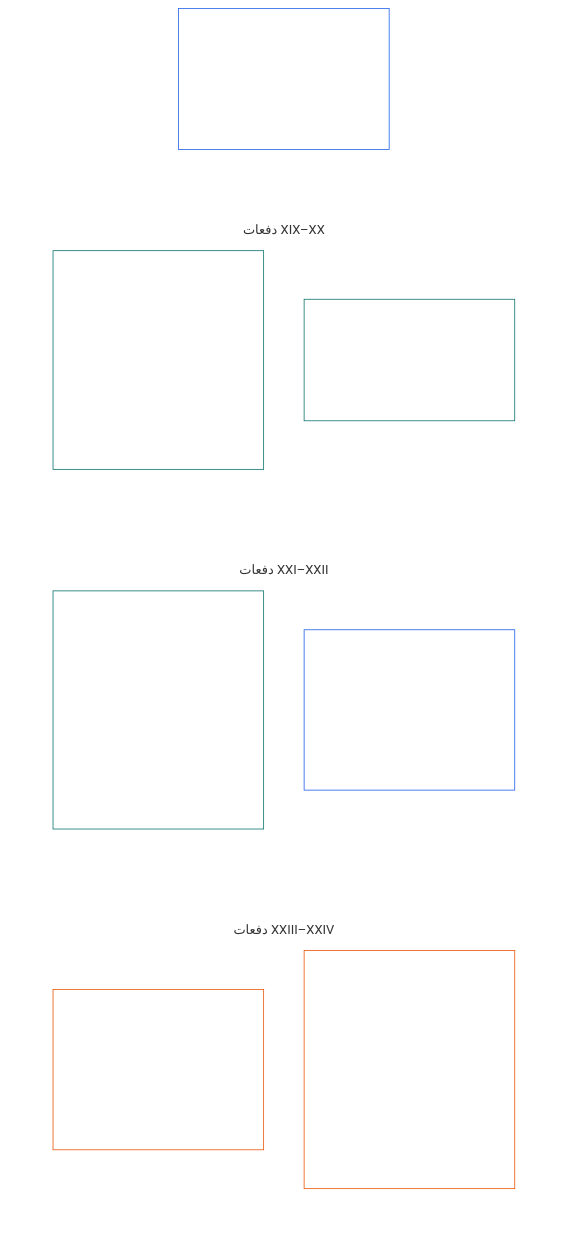
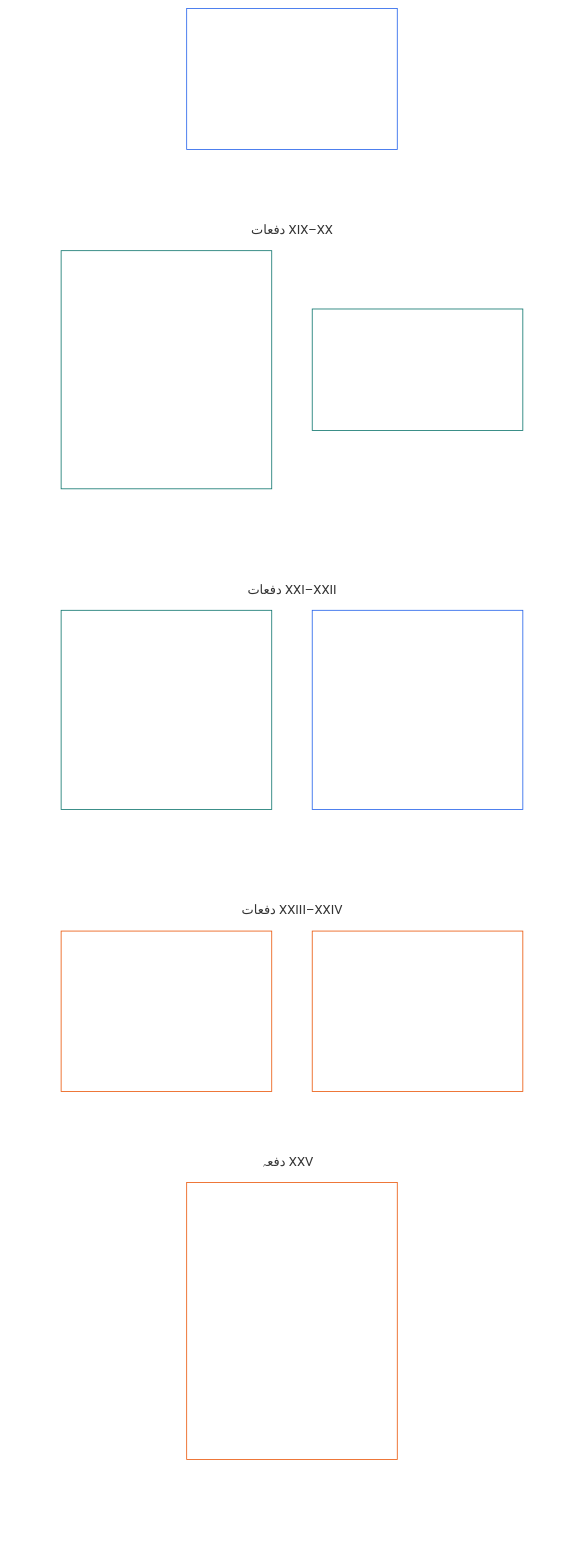
Before and after one commit to kfoelsch/Sentient_Constitution: the diagram in translations/ur/core_06_rights_part_d.md, drawn with Mermaid (neutral theme). The commit also changed other lines of this file and 353 other files, not shown here.

````diff
--- a/translations/ur/core_06_rights_part_d.md
+++ b/translations/ur/core_06_rights_part_d.md
@@ -40,36 +40,42 @@
 ```mermaid
 flowchart TB
     D0["حصہ د<br/><br/>اہلیتِ شرکت، انصاف، باہمی عمل پذیری،<br/>قابلِ فہم ہونا، بنیادی سبب کا جائزہ، اور آئینی تشریح"]
     subgraph Dgrid[" "]
         direction TB
         subgraph Drow1["دفعات XIX–XX"]
-            D1["دفعہ XIX · اہلیتِ شرکت اور شرکت کی حیثیت<br/><br/>• اہلیتِ شرکت میں امتیازات<br/>• قابلِ اعتراض حیثیت اور پابندیوں کی حدود<br/>• نامزد راستے کی اہلیت، ذمہ داری، اور آڈٹ<br/>• نقل و حرکت، پناہ، اور بے وطن نہ رہنے کا تحفظ"]
+            D1["دفعہ XIX · اہلیتِ شرکت اور شرکت کی حیثیت<br/><br/>• اہلیتِ شرکت میں امتیازات<br/>• قابلِ اعتراض حیثیت اور متناسب پابندیوں کی حدود<br/>• شراکت، اہلیت کی رکاوٹیں، اور نامزد راستے کی اہلیت<br/>• خلاف ورزیاں، حیثیت کے تالے، اور خصوصی ووٹنگ کے تالے"]
             D2["دفعہ XX · ثابت شدہ خلاف ورزی کے بعد انصاف<br/><br/>• انصاف کا مقصد اور دائرہ<br/>• پابندیوں کی بنیادی شرائط"]
         end
         subgraph Drow2["دفعات XXI–XXII"]
-            D3["دفعہ XXI · باہمی عمل پذیری، قابلِ منتقلی ہونا، نقل و حرکت، پناہ، اور اخراج کی سالمیت<br/><br/>• قابلِ منتقلی ہونے کے حقوق<br/>• باہمی عمل پذیری کی حدود<br/>• انحصار میں جکڑنے کی ممانعت<br/>• نقل و حرکت، ہجرت، پناہ، اور بے وطن نہ رہنے کا تحفظ"]
-            D4["دفعہ XXII · قابلِ فہم ہونا اور پیچیدگی کی ذمہ دارانہ نگرانی<br/><br/>• تناسب کے مطابق قابلِ فہم ہونے کا حق<br/>• پیچیدگی کا آڈٹ اور ماڈیولر ساخت کے تقاضے"]
+            D3["دفعہ XXI · باہمی عمل پذیری، قابلِ منتقلی ہونا، اور اخراج کی سالمیت<br/><br/>• قابلِ منتقلی ہونے کے حقوق<br/>• باہمی عمل پذیری کی حدود<br/>• انحصار میں جکڑنے کی ممانعت<br/>• کھلے فارمیٹس اور معیارات"]
+            D4["دفعہ XXII · نقل و حرکت، ہجرت، پناہ، اور بے وطن نہ رہنے کا تحفظ<br/><br/>• نقل و حرکت اور منتقلی<br/>• عدم تعمیل سے پناہ<br/>• بے وطن نہ رہنا<br/>• تحدید، حراست، اور ہنگامی نظم"]
         end
         subgraph Drow3["دفعات XXIII–XXIV"]
-            D5["دفعہ XXIII · بنیادی سبب کا تجزیہ اور موافقانہ ردعمل<br/><br/>• تشخیصی سختی اور سبب کی نسبت<br/>• آڈٹ کے قابل ہونا، اعتراض، اور واپسی پذیری"]
-            D6["دفعہ XXIV · آئینی تشریح، جائزہ، اور ادارہ جاتی قبضے سے تحفظ<br/><br/>• محدود تفسیری اختیار<br/>• تشکیل، گردش، اور مفادات کے ٹکراؤ پر قابو<br/>• عوامی وجوہ، اعتراض، اور بیرونی جائزہ<br/>• برطرفی اور اختیارات کو مستقل جمانے کی ممانعت"]
+            D5["دفعہ XXIII · قابلِ فہم ہونا اور پیچیدگی کی ذمہ دارانہ نگرانی<br/><br/>• تناسب کے مطابق قابلِ فہم ہونے کا حق<br/>• پیچیدگی کا آڈٹ اور ماڈیولر ساخت کے تقاضے"]
+            D6["دفعہ XXIV · بنیادی سبب کا تجزیہ اور موافقانہ ردعمل<br/><br/>• تشخیصی سختی اور سبب کی نسبت<br/>• آڈٹ پذیری، اعتراض، اور واپسی پذیری کی ترجیح"]
+        subgraph Drow4["دفعہ XXV"]
+            D7["دفعہ XXV · آئینی تشریح، جائزہ، اور ادارہ جاتی قبضے سے تحفظ<br/><br/>• محدود تفسیری اختیار اور عوامی وجوہ<br/>• اعتراض کے حقوق اور آزادانہ جائزہ<br/>• فورم کی آزادی اور بیرونی جائزہ<br/>• وجہ کی بنا پر برطرفی اور عہدے پر مستقل قبضے کی ممانعت"]
+        end
         end
     end
     %% غیر مرئی روابط دو-کالمی خاکہ بناتے ہیں: ہر ربط اپنا ہدف ایک سطح نیچے رکھتا ہے۔
     D0 ~~~ D1 & D2
     D1 ~~~ D3
     D2 ~~~ D4
     D3 ~~~ D5
     D4 ~~~ D6
+    D5 & D6 ~~~ D7
     style Dgrid fill:none,stroke:none
     style Drow1 fill:none,stroke:none
     style Drow2 fill:none,stroke:none
     style Drow3 fill:none,stroke:none
+    style Drow4 fill:none,stroke:none
     style D0 fill:none,stroke:#2563eb,color:#ffffff
     style D1 fill:none,stroke:#0f766e,color:#ffffff
     style D2 fill:none,stroke:#0f766e,color:#ffffff
     style D3 fill:none,stroke:#0f766e,color:#ffffff
     style D4 fill:none,stroke:#2563eb,color:#ffffff
     style D5 fill:none,stroke:#ea580c,color:#ffffff
     style D6 fill:none,stroke:#ea580c,color:#ffffff
+    style D7 fill:none,stroke:#ea580c,color:#ffffff
 ```
````
